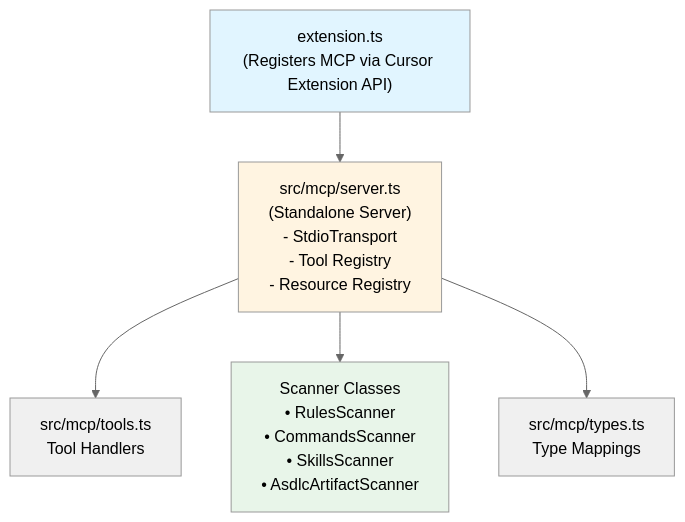
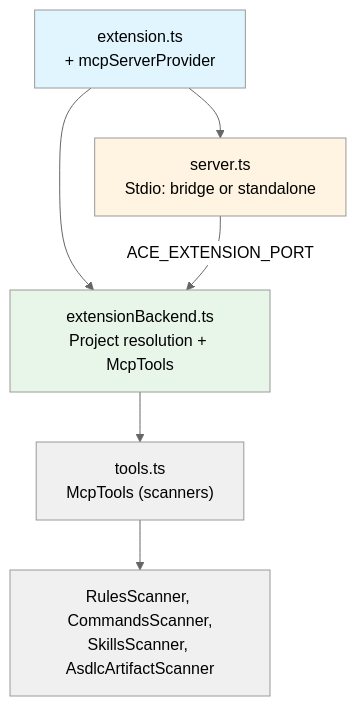
Before and after one commit to fancy-bread/agent-context-explorer: the diagram in specs/mcp/spec.md, drawn with Mermaid (neutral theme). The commit also changed other lines of this file and 22 other files, not shown here.

````diff
--- a/specs/mcp/spec.md
+++ b/specs/mcp/spec.md
@@ -23,19 +32,20 @@
 ```mermaid
 graph TB
-    Extension["extension.ts<br/>(Registers MCP via Cursor Extension API)"]
-    Server["src/mcp/server.ts<br/>(Standalone Server)<br/>- StdioTransport<br/>- Tool Registry<br/>- Resource Registry"]
-    Tools["src/mcp/tools.ts<br/>Tool Handlers"]
-    Scanners["Scanner Classes<br/>• RulesScanner<br/>• CommandsScanner<br/>• SkillsScanner<br/>• AsdlcArtifactScanner"]
-    Types["src/mcp/types.ts<br/>Type Mappings"]
+    Extension["extension.ts<br/>+ mcpServerProvider"]
+    Backend["extensionBackend.ts<br/>Project resolution + McpTools"]
+    Server["server.ts<br/>Stdio: bridge or standalone"]
+    Tools["tools.ts<br/>McpTools (scanners)"]
+    Scanners["RulesScanner, CommandsScanner,<br/>SkillsScanner, AsdlcArtifactScanner"]
     
+    Extension --> Backend
     Extension --> Server
-    Server --> Tools
-    Server --> Scanners
-    Server --> Types
+    Server -->|ACE_EXTENSION_PORT| Backend
+    Backend --> Tools
+    Tools --> Scanners
     
     style Extension fill:#e1f5ff
+    style Backend fill:#e8f5e9
     style Server fill:#fff4e1
     style Tools fill:#f0f0f0
-    style Scanners fill:#e8f5e9
-    style Types fill:#f0f0f0
+    style Scanners fill:#f0f0f0
 ```
````
